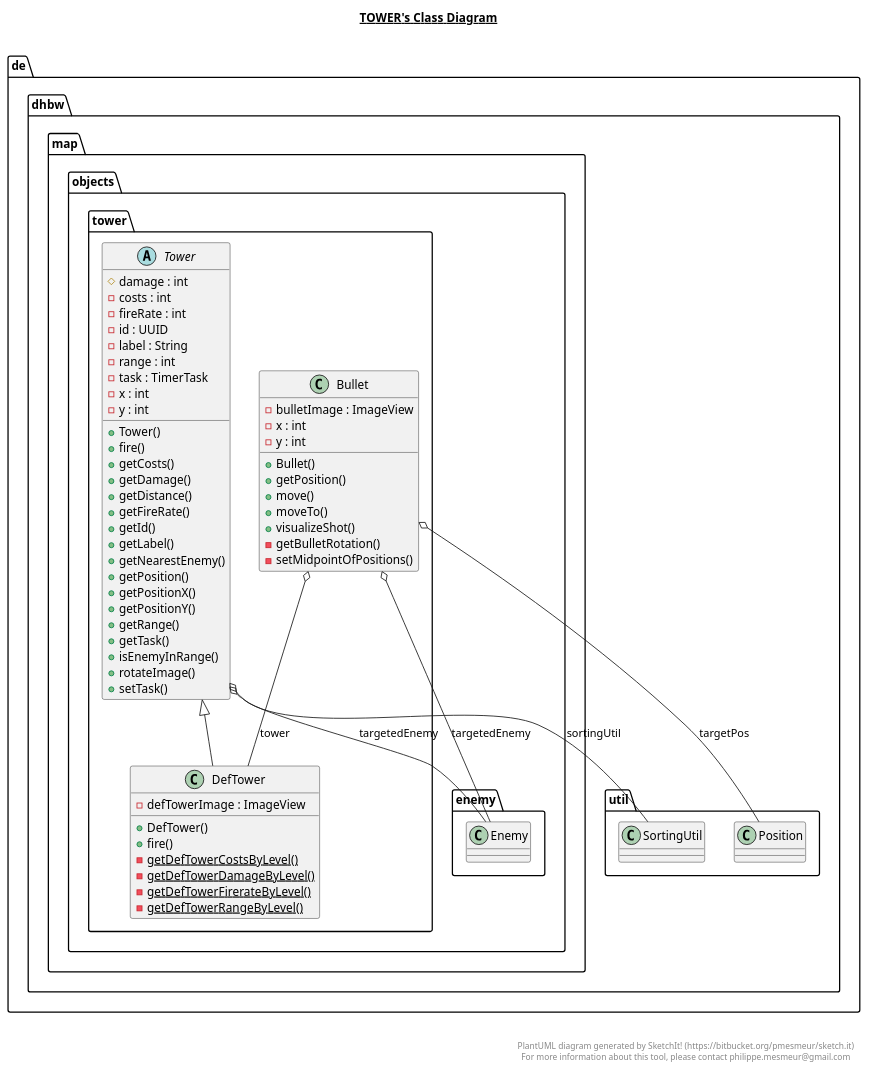
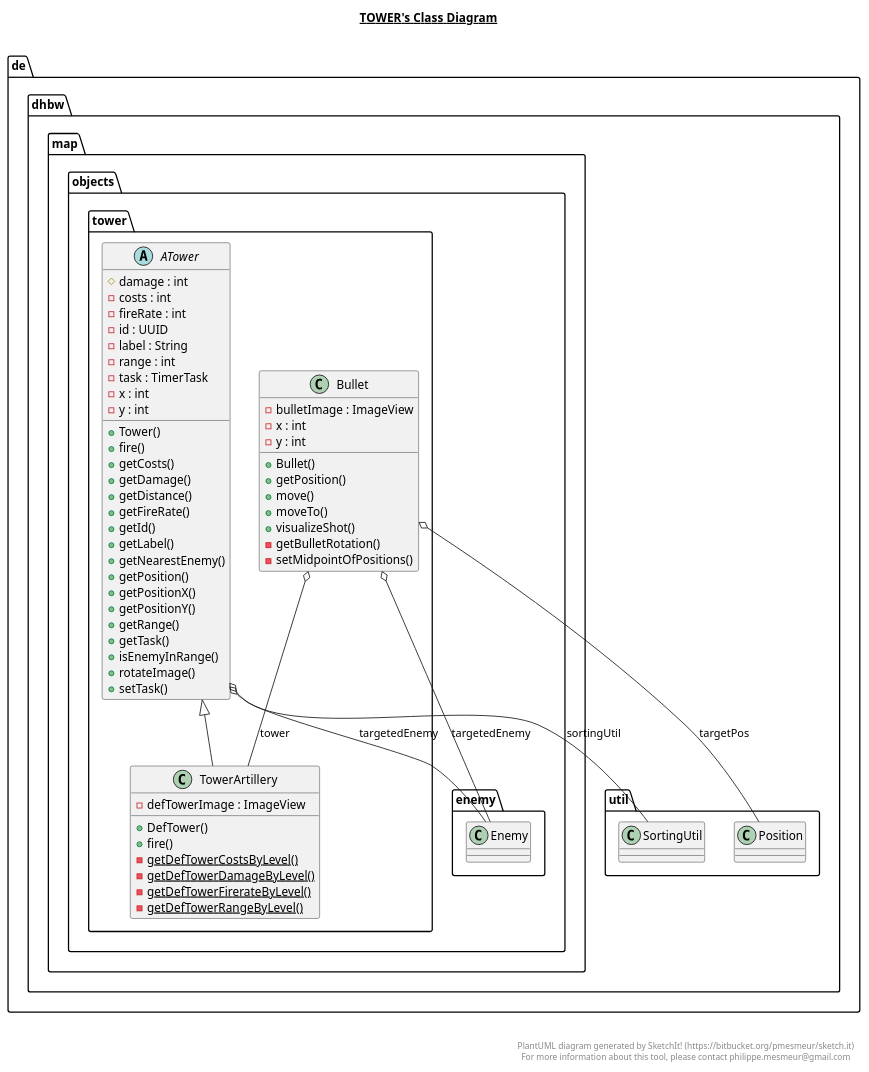
Before and after one commit to niwa99/Tower-Defense: the diagram in app/src/main/java/de/dhbw/map/objects/tower/tower.plantuml, drawn with PlantUML. The commit also changed 13 other files, not shown here.

Commit message:
[DHTD-81] Implemented tower boombastic (bomb only attacks one enemy)

```diff
--- a/app/src/main/java/de/dhbw/map/objects/tower/tower.plantuml
+++ b/app/src/main/java/de/dhbw/map/objects/tower/tower.plantuml
@@ -1,87 +1,87 @@
 @startuml
 
 title __TOWER's Class Diagram__\n
 
   namespace de.dhbw {
     namespace map.objects.tower {
       class de.dhbw.map.objects.tower.Bullet {
           - bulletImage : ImageView
           - x : int
           - y : int
           + Bullet()
           + getPosition()
           + move()
           + moveTo()
           + visualizeShot()
           - getBulletRotation()
           - setMidpointOfPositions()
       }
     }
   }
   
 
   namespace de.dhbw {
     namespace map.objects.tower {
-      class de.dhbw.map.objects.tower.DefTower {
+      class de.dhbw.map.objects.tower.TowerArtillery {
           - defTowerImage : ImageView
           + DefTower()
           + fire()
           {static} - getDefTowerCostsByLevel()
           {static} - getDefTowerDamageByLevel()
           {static} - getDefTowerFirerateByLevel()
           {static} - getDefTowerRangeByLevel()
       }
     }
   }
   
 
   namespace de.dhbw {
     namespace map.objects.tower {
-      abstract class de.dhbw.map.objects.tower.Tower {
+      abstract class de.dhbw.map.objects.tower.ATower {
           # damage : int
           - costs : int
           - fireRate : int
           - id : UUID
           - label : String
           - range : int
           - task : TimerTask
           - x : int
           - y : int
           + Tower()
           + fire()
           + getCosts()
           + getDamage()
           + getDistance()
           + getFireRate()
           + getId()
           + getLabel()
           + getNearestEnemy()
           + getPosition()
           + getPositionX()
           + getPositionY()
           + getRange()
           + getTask()
           + isEnemyInRange()
           + rotateImage()
           + setTask()
       }
     }
   }
   
 
   de.dhbw.map.objects.tower.Bullet o-- de.dhbw.util.Position : targetPos
   de.dhbw.map.objects.tower.Bullet o-- de.dhbw.map.objects.enemy.Enemy : targetedEnemy
-  de.dhbw.map.objects.tower.Bullet o-- de.dhbw.map.objects.tower.DefTower : tower
-  de.dhbw.map.objects.tower.DefTower -up-|> de.dhbw.map.objects.tower.Tower
-  de.dhbw.map.objects.tower.Tower o-- de.dhbw.map.objects.enemy.Enemy : targetedEnemy
-  de.dhbw.map.objects.tower.Tower o-- de.dhbw.util.SortingUtil : sortingUtil
+  de.dhbw.map.objects.tower.Bullet o-- de.dhbw.map.objects.tower.TowerArtillery : tower
+  de.dhbw.map.objects.tower.TowerArtillery -up-|> de.dhbw.map.objects.tower.ATower
+  de.dhbw.map.objects.tower.ATower o-- de.dhbw.map.objects.enemy.Enemy : targetedEnemy
+  de.dhbw.map.objects.tower.ATower o-- de.dhbw.util.SortingUtil : sortingUtil
 
 
 right footer
 
 
 PlantUML diagram generated by SketchIt! (https://bitbucket.org/pmesmeur/sketch.it)
 For more information about this tool, please contact philippe.mesmeur@gmail.com
 endfooter
 
 @enduml
```
